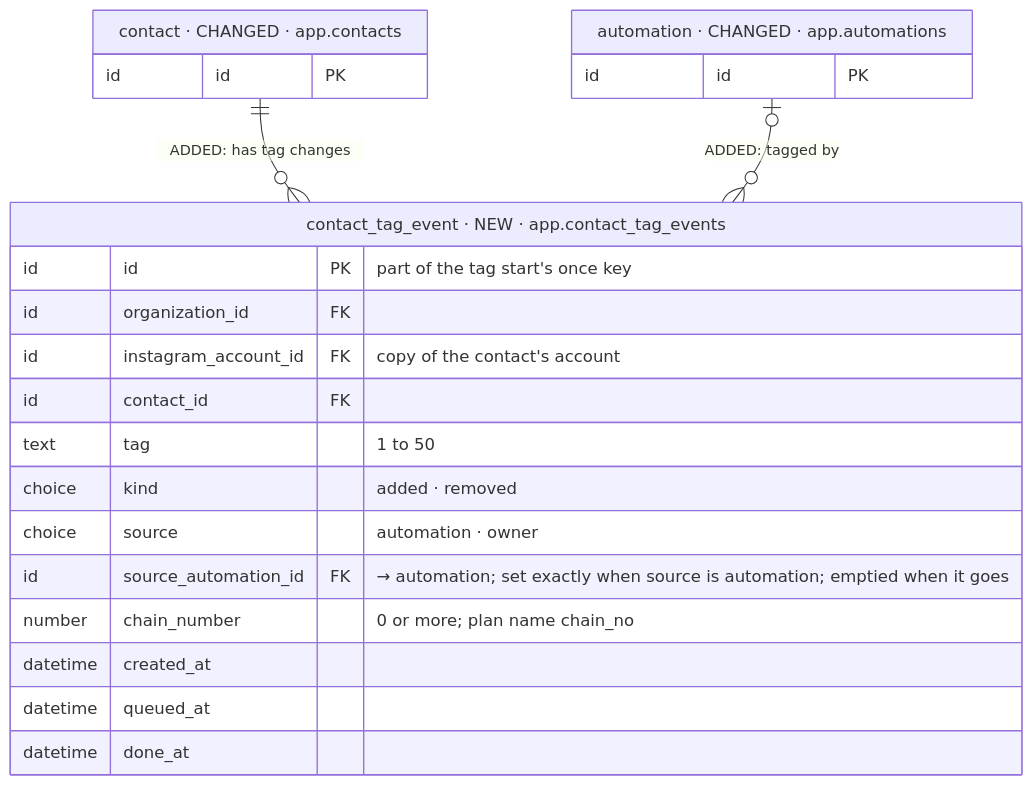
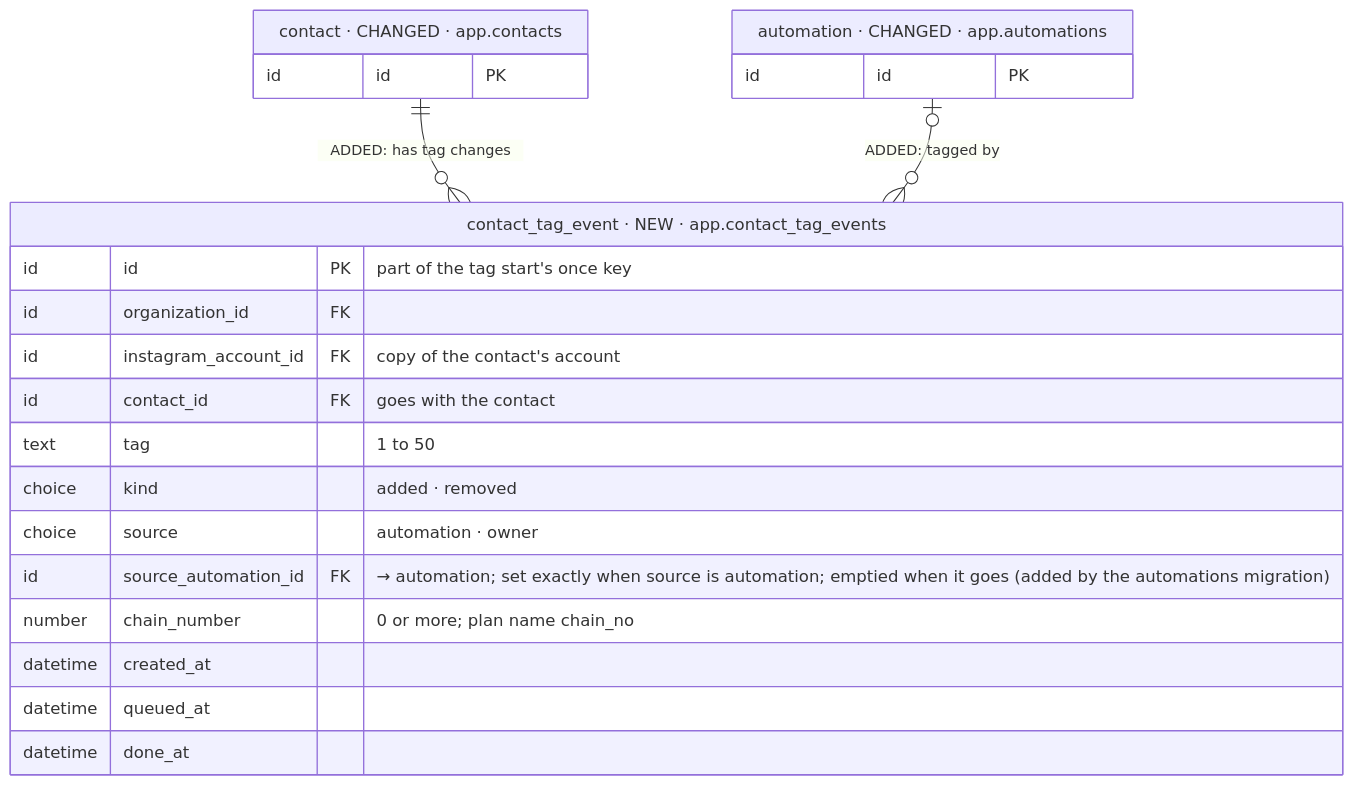
One commit to albetrios/meepzo-be changed the ninth of 39 diagrams in iterations/feat-instagram-dm-sending-2026-11-23-oxak/plans/db-changes.md. Above: the diagram before and after it, drawn with Mermaid. The commit also changed other lines of this file and 2 other files, not shown here.

````diff
--- a/iterations/feat-instagram-dm-sending-2026-11-23-oxak/plans/db-changes.md
+++ b/iterations/feat-instagram-dm-sending-2026-11-23-oxak/plans/db-changes.md
@@ -465,25 +489,25 @@
 ```mermaid
 erDiagram
   contact_tag_event["contact_tag_event · NEW · app.contact_tag_events"] {
     id id PK "part of the tag start's once key"
     id organization_id FK
     id instagram_account_id FK "copy of the contact's account"
-    id contact_id FK
+    id contact_id FK "goes with the contact"
     text tag "1 to 50"
     choice kind "added · removed"
     choice source "automation · owner"
-    id source_automation_id FK "→ automation; set exactly when source is automation; emptied when it goes"
+    id source_automation_id FK "→ automation; set exactly when source is automation; emptied when it goes (added by the automations migration)"
     number chain_number "0 or more; plan name chain_no"
     datetime created_at
     datetime queued_at
     datetime done_at
   }
   contact["contact · CHANGED · app.contacts"] {
     id id PK
   }
   automation["automation · CHANGED · app.automations"] {
     id id PK
   }
   contact ||--o{ contact_tag_event : "ADDED: has tag changes"
   automation |o--o{ contact_tag_event : "ADDED: tagged by"
 ```
````
